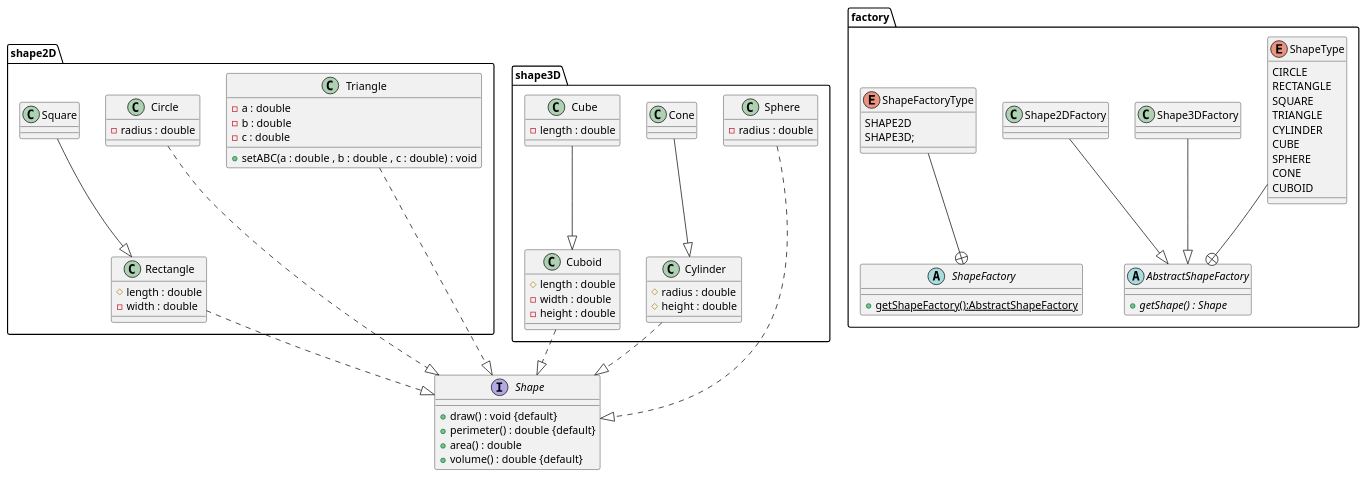
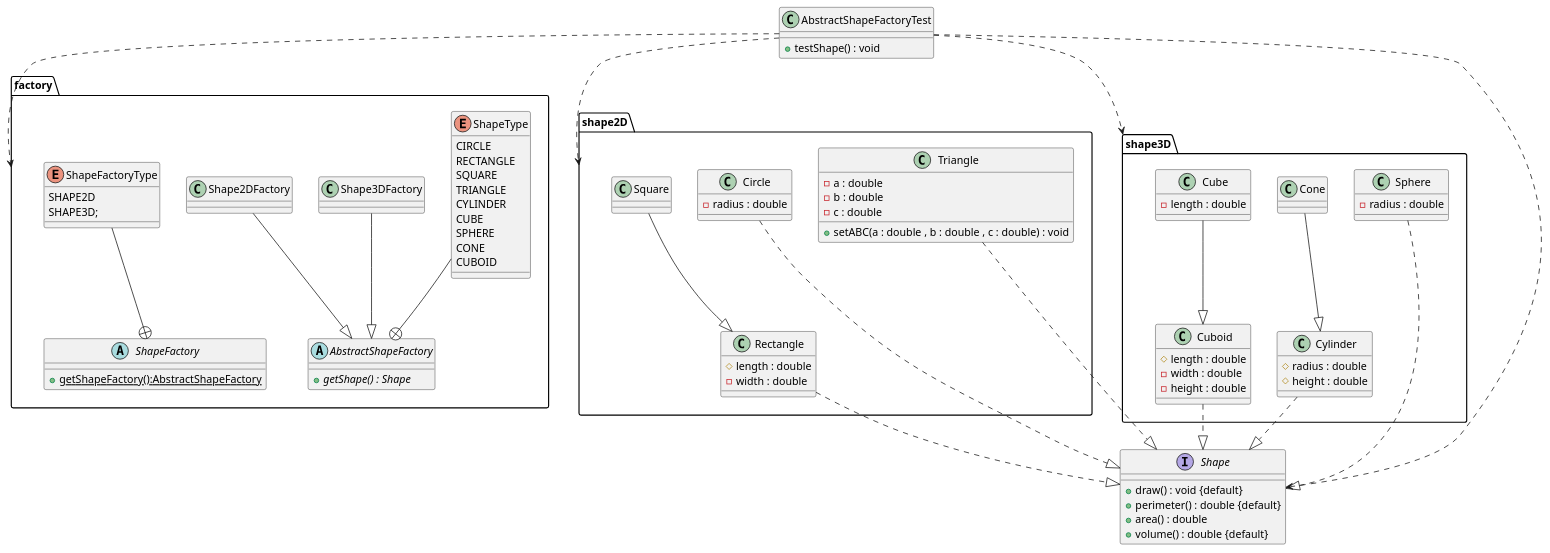
Before and after one commit to reza-hdrm/DesignPatterns: the diagram in src/main/java/com/rezahdrm/creational/abstractfactory/abstractFactoryUML.puml, drawn with PlantUML. The commit also changed 37 other files, not shown here.

```diff
--- a/src/main/java/com/rezahdrm/creational/abstractfactory/abstractFactoryUML.puml
+++ b/src/main/java/com/rezahdrm/creational/abstractfactory/abstractFactoryUML.puml
@@ -1,111 +1,113 @@
 @startuml
 package factory {
     abstract class AbstractShapeFactory{
         + {abstract} getShape() : Shape
     }
 
     enum ShapeType{
         CIRCLE
         RECTANGLE
         SQUARE
         TRIANGLE
         CYLINDER
         CUBE
         SPHERE
         CONE
         CUBOID
     }
     class Shape3DFactory{
 
     }
     class Shape2DFactory{
 
     }
 
     abstract class ShapeFactory{
         + {static} getShapeFactory():AbstractShapeFactory
     }
 
     enum ShapeFactoryType{
         SHAPE2D
         SHAPE3D;
     }
 
     ShapeType --+ AbstractShapeFactory
     Shape3DFactory --|>AbstractShapeFactory
     Shape2DFactory --|>AbstractShapeFactory
     ShapeFactoryType --+ ShapeFactory
 }
 interface Shape{
     + draw() : void {default}
     + perimeter() : double {default}
     + area() : double
     + volume() : double {default}
 }
 package shape2D{
     class Circle{
     - radius : double
     }
 
     class Rectangle{
     # length : double
     - width : double
     }
 
     class Square{
 
     }
     class Triangle{
         - a : double
         - b : double
         - c : double
 
         + setABC(a : double , b : double , c : double) : void
     }
 
     Circle ..|> Shape
     Rectangle ..|> Shape
     Square --|> Rectangle
     Triangle ..|> Shape
 }
 
 package shape3D{
 
     class Cone{
 
     }
 
     class Cube{
         - length : double
     }
 
     class Cuboid{
         # length : double
         - width : double
         - height : double
     }
 
     class Cylinder{
         # radius : double
         # height : double
     }
 
     class Sphere{
         - radius : double
     }
 
     Cone --|> Cylinder
     Cube --|> Cuboid
     Cuboid ..|> Shape
     Cylinder ..|> Shape
     Sphere ..|> Shape
 
 }
 
+class AbstractShapeFactoryTest{
+    + testShape() : void
+}
 
-
-
-
-
-
+AbstractShapeFactoryTest ..> factory
+AbstractShapeFactoryTest ..> shape2D
+AbstractShapeFactoryTest ..> shape3D
+AbstractShapeFactoryTest ..> Shape
 @enduml
```
